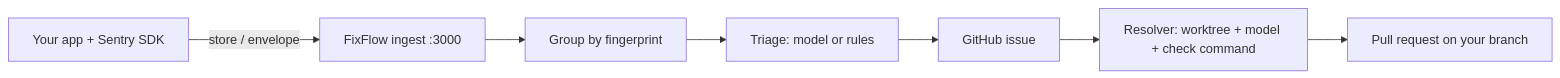
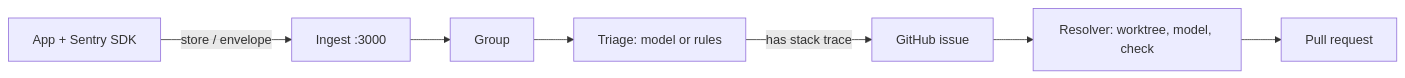
Before and after one commit to Ayesh96/FixFlow: the diagram in README.md, drawn with Mermaid. The commit also changed other lines of this file and 13 other files, not shown here.

````diff
--- a/README.md
+++ b/README.md
@@ -54,9 +52,9 @@
 ```mermaid
 flowchart LR
-  A[Your app + Sentry SDK] -->|store / envelope| B[FixFlow ingest :3000]
-  B --> C[Group by fingerprint]
+  A[App + Sentry SDK] -->|store / envelope| B[Ingest :3000]
+  B --> C[Group]
   C --> D[Triage: model or rules]
-  D --> E[GitHub issue]
-  E --> F[Resolver: worktree + model + check command]
-  F --> G[Pull request on your branch]
+  D -->|has stack trace| E[GitHub issue]
+  E --> F[Resolver: worktree, model, check]
+  F --> G[Pull request]
 ```
````
